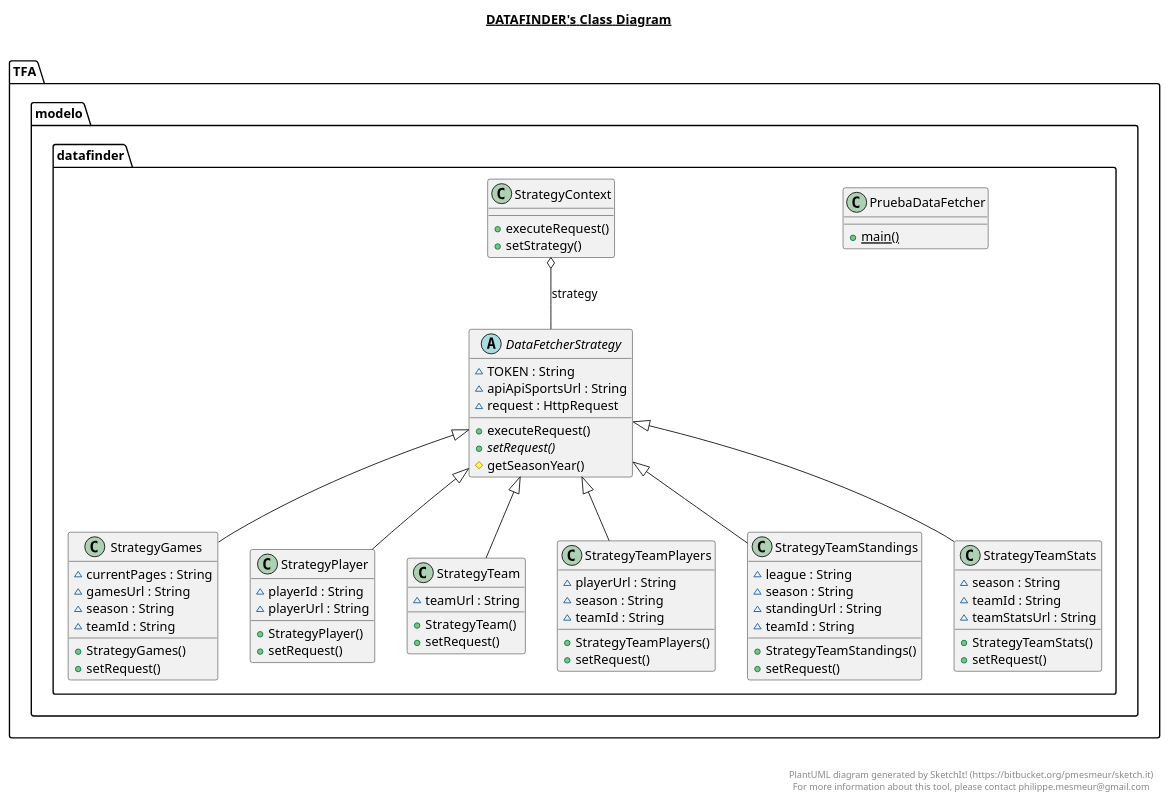
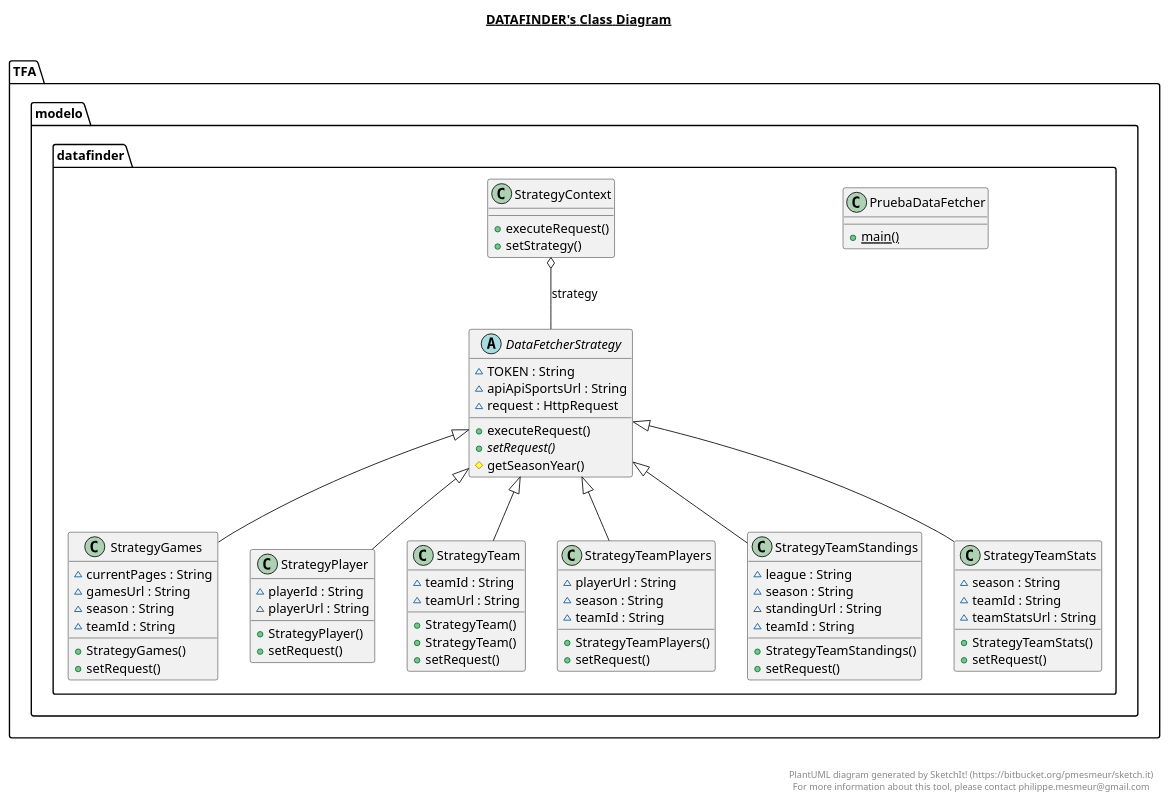
One commit to Diegodmbot/ULL-DAP-TrabajoFinalNBA changed the diagram in src/TFA/modelo/datafinder/datafinder.plantuml. Above: the diagram before and after it, drawn with PlantUML. The commit also changed 17 other files, not shown here.

```diff
--- a/src/TFA/modelo/datafinder/datafinder.plantuml
+++ b/src/TFA/modelo/datafinder/datafinder.plantuml
@@ -1,149 +1,151 @@
 @startuml
 
 title __DATAFINDER's Class Diagram__\n
 
   namespace TFA {
     namespace modelo {
       namespace datafinder {
         abstract class TFA.modelo.datafinder.DataFetcherStrategy {
             ~ TOKEN : String
             ~ apiApiSportsUrl : String
             ~ request : HttpRequest
             + executeRequest()
             {abstract} + setRequest()
             # getSeasonYear()
         }
       }
     }
   }
   
 
   namespace TFA {
     namespace modelo {
       namespace datafinder {
         class TFA.modelo.datafinder.PruebaDataFetcher {
             {static} + main()
         }
       }
     }
   }
   
 
   namespace TFA {
     namespace modelo {
       namespace datafinder {
         class TFA.modelo.datafinder.StrategyContext {
             + executeRequest()
             + setStrategy()
         }
       }
     }
   }
   
 
   namespace TFA {
     namespace modelo {
       namespace datafinder {
         class TFA.modelo.datafinder.StrategyGames {
             ~ currentPages : String
             ~ gamesUrl : String
             ~ season : String
             ~ teamId : String
             + StrategyGames()
             + setRequest()
         }
       }
     }
   }
   
 
   namespace TFA {
     namespace modelo {
       namespace datafinder {
         class TFA.modelo.datafinder.StrategyPlayer {
             ~ playerId : String
             ~ playerUrl : String
             + StrategyPlayer()
             + setRequest()
         }
       }
     }
   }
   
 
   namespace TFA {
     namespace modelo {
       namespace datafinder {
         class TFA.modelo.datafinder.StrategyTeam {
+            ~ teamId : String
             ~ teamUrl : String
+            + StrategyTeam()
             + StrategyTeam()
             + setRequest()
         }
       }
     }
   }
   
 
   namespace TFA {
     namespace modelo {
       namespace datafinder {
         class TFA.modelo.datafinder.StrategyTeamPlayers {
             ~ playerUrl : String
             ~ season : String
             ~ teamId : String
             + StrategyTeamPlayers()
             + setRequest()
         }
       }
     }
   }
   
 
   namespace TFA {
     namespace modelo {
       namespace datafinder {
         class TFA.modelo.datafinder.StrategyTeamStandings {
             ~ league : String
             ~ season : String
             ~ standingUrl : String
             ~ teamId : String
             + StrategyTeamStandings()
             + setRequest()
         }
       }
     }
   }
   
 
   namespace TFA {
     namespace modelo {
       namespace datafinder {
         class TFA.modelo.datafinder.StrategyTeamStats {
             ~ season : String
             ~ teamId : String
             ~ teamStatsUrl : String
             + StrategyTeamStats()
             + setRequest()
         }
       }
     }
   }
   
 
   TFA.modelo.datafinder.StrategyContext o-- TFA.modelo.datafinder.DataFetcherStrategy : strategy
   TFA.modelo.datafinder.StrategyGames -up-|> TFA.modelo.datafinder.DataFetcherStrategy
   TFA.modelo.datafinder.StrategyPlayer -up-|> TFA.modelo.datafinder.DataFetcherStrategy
   TFA.modelo.datafinder.StrategyTeam -up-|> TFA.modelo.datafinder.DataFetcherStrategy
   TFA.modelo.datafinder.StrategyTeamPlayers -up-|> TFA.modelo.datafinder.DataFetcherStrategy
   TFA.modelo.datafinder.StrategyTeamStandings -up-|> TFA.modelo.datafinder.DataFetcherStrategy
   TFA.modelo.datafinder.StrategyTeamStats -up-|> TFA.modelo.datafinder.DataFetcherStrategy
 
 
 right footer
 
 
 PlantUML diagram generated by SketchIt! (https://bitbucket.org/pmesmeur/sketch.it)
 For more information about this tool, please contact philippe.mesmeur@gmail.com
 endfooter
 
 @enduml
```
